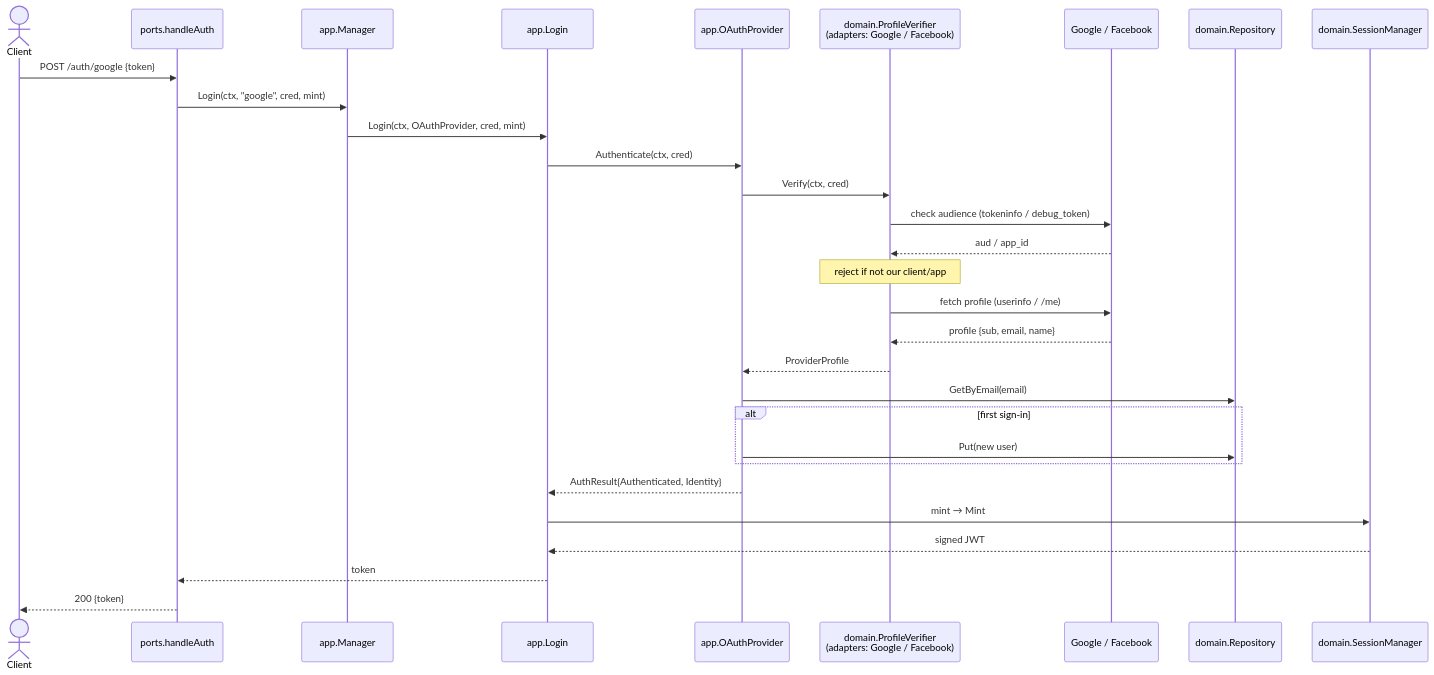
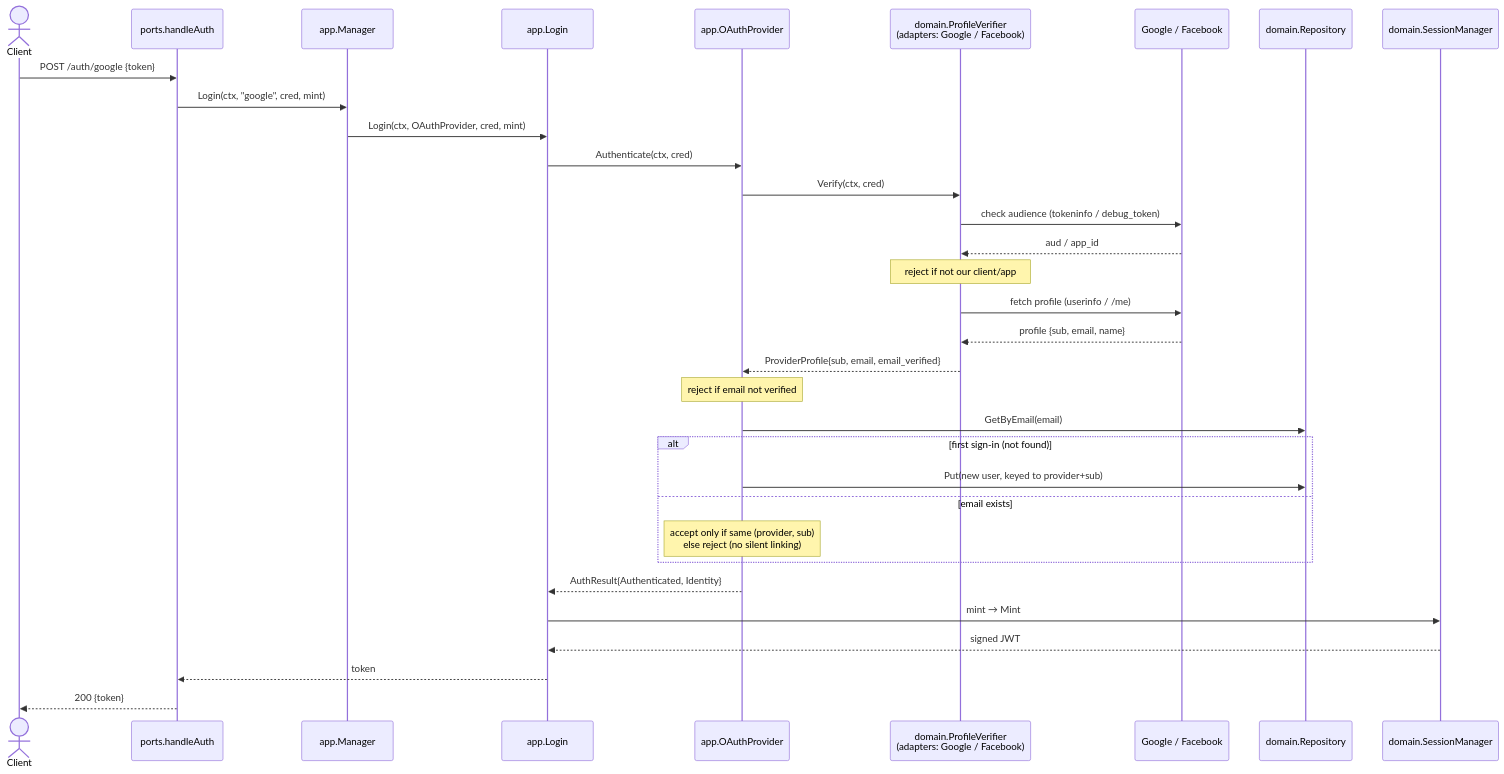
The fourth of 5 diagrams in backend/ARCHITECTURE.md (deedeeNg/FRPG), drawn with Mermaid before and after one commit. The commit also changed other lines of this file and 22 other files, not shown here.

````diff
--- a/backend/ARCHITECTURE.md
+++ b/backend/ARCHITECTURE.md
@@ -199,33 +207,36 @@
 ```mermaid
 sequenceDiagram
   actor C as Client
   participant H as ports.handleAuth
   participant M as app.Manager
   participant L as app.Login
   participant O as app.OAuthProvider
   participant V as domain.ProfileVerifier<br/>(adapters: Google / Facebook)
   participant X as Google / Facebook
   participant R as domain.Repository
   participant S as domain.SessionManager
 
   C->>H: POST /auth/google {token}
   H->>M: Login(ctx, "google", cred, mint)
   M->>L: Login(ctx, OAuthProvider, cred, mint)
   L->>O: Authenticate(ctx, cred)
   O->>V: Verify(ctx, cred)
   V->>X: check audience (tokeninfo / debug_token)
   X-->>V: aud / app_id
   Note over V: reject if not our client/app
   V->>X: fetch profile (userinfo / /me)
   X-->>V: profile {sub, email, name}
-  V-->>O: ProviderProfile
+  V-->>O: ProviderProfile{sub, email, email_verified}
+  Note over O: reject if email not verified
   O->>R: GetByEmail(email)
-  alt first sign-in
-    O->>R: Put(new user)
+  alt first sign-in (not found)
+    O->>R: Put(new user, keyed to provider+sub)
+  else email exists
+    Note over O: accept only if same (provider, sub)<br/>else reject (no silent linking)
   end
   O-->>L: AuthResult{Authenticated, Identity}
   L->>S: mint → Mint
   S-->>L: signed JWT
   L-->>H: token
   H-->>C: 200 {token}
 ```
````
